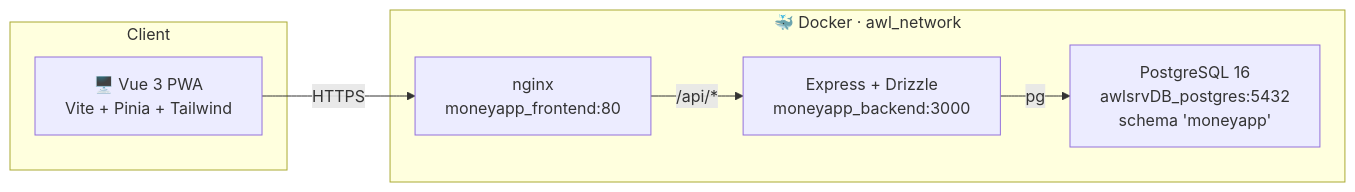
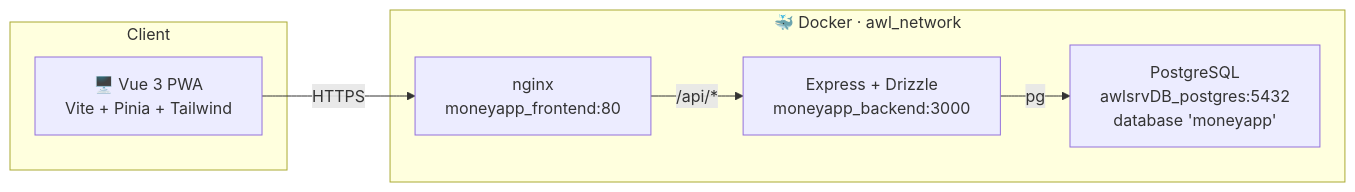
The first of 2 diagrams in README.md (moablive/LBS_MoneyAPP), drawn with Mermaid before and after one commit. The commit also changed other lines of this file and 6 other files, not shown here.

````diff
--- a/README.md
+++ b/README.md
@@ -178,16 +178,16 @@
 ```mermaid
 flowchart LR
   subgraph Client
     PWA["🖥️ Vue 3 PWA<br/>Vite + Pinia + Tailwind"]
   end
 
   subgraph awl_network["🐳 Docker · awl_network"]
     NGINX["nginx<br/>moneyapp_frontend:80"]
     API["Express + Drizzle<br/>moneyapp_backend:3000"]
-    PG["PostgreSQL 16<br/>awlsrvDB_postgres:5432<br/>schema 'moneyapp'"]
+    PG["PostgreSQL<br/>awlsrvDB_postgres:5432<br/>database 'moneyapp'"]
   end
 
   PWA -- "HTTPS" --> NGINX
   NGINX -- "/api/*" --> API
   API -- "pg" --> PG
 ```
````
